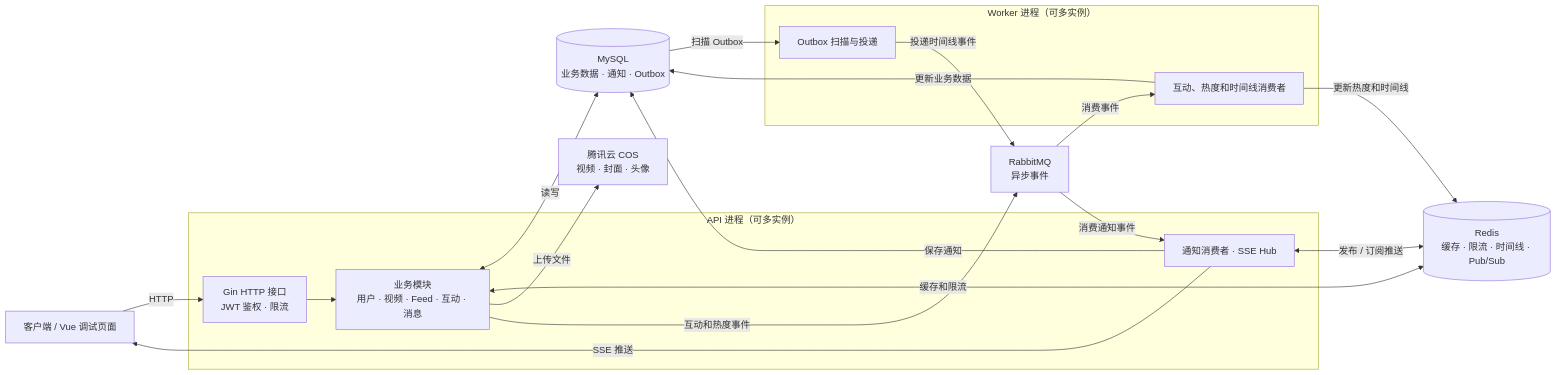
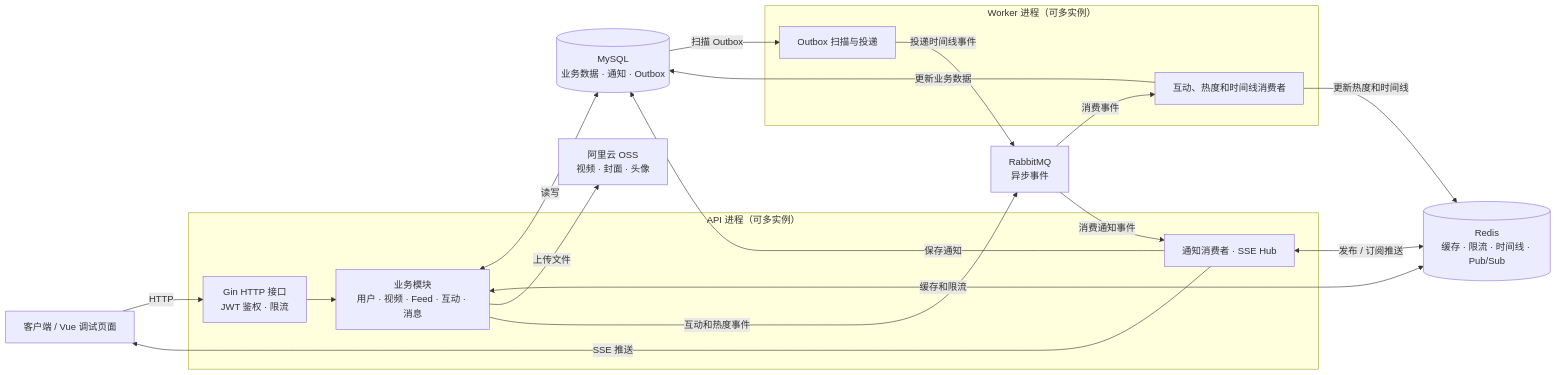
The diagram in README.md (LBJ23cn/GoVideo), drawn with Mermaid before and after one commit. The commit also changed other lines of this file and 19 other files, not shown here.

````diff
--- a/README.md
+++ b/README.md
@@ -39,33 +39,33 @@
 ```mermaid
 flowchart LR
     client["客户端 / Vue 调试页面"]
     subgraph api["API 进程（可多实例）"]
         http["Gin HTTP 接口<br/>JWT 鉴权 · 限流"]
         biz["业务模块<br/>用户 · 视频 · Feed · 互动 · 消息"]
         notif["通知消费者 · SSE Hub"]
         http --> biz
     end
     subgraph workers["Worker 进程（可多实例）"]
         consumer["互动、热度和时间线消费者"]
         outbox["Outbox 扫描与投递"]
     end
     mysql[("MySQL<br/>业务数据 · 通知 · Outbox")]
     redis[("Redis<br/>缓存 · 限流 · 时间线 · Pub/Sub")]
     mq["RabbitMQ<br/>异步事件"]
-    cos["腾讯云 COS<br/>视频 · 封面 · 头像"]
+    oss["阿里云 OSS<br/>视频 · 封面 · 头像"]
 
     client -->|HTTP| http
     notif -->|SSE 推送| client
     biz <-->|读写| mysql
     biz <-->|缓存和限流| redis
-    biz -->|上传文件| cos
+    biz -->|上传文件| oss
     biz -->|互动和热度事件| mq
     mysql -->|扫描 Outbox| outbox
     outbox -->|投递时间线事件| mq
     mq -->|消费事件| consumer
     consumer -->|更新业务数据| mysql
     consumer -->|更新热度和时间线| redis
     mq -->|消费通知事件| notif
     notif -->|保存通知| mysql
     notif <-->|发布 / 订阅推送| redis
 ```
````
